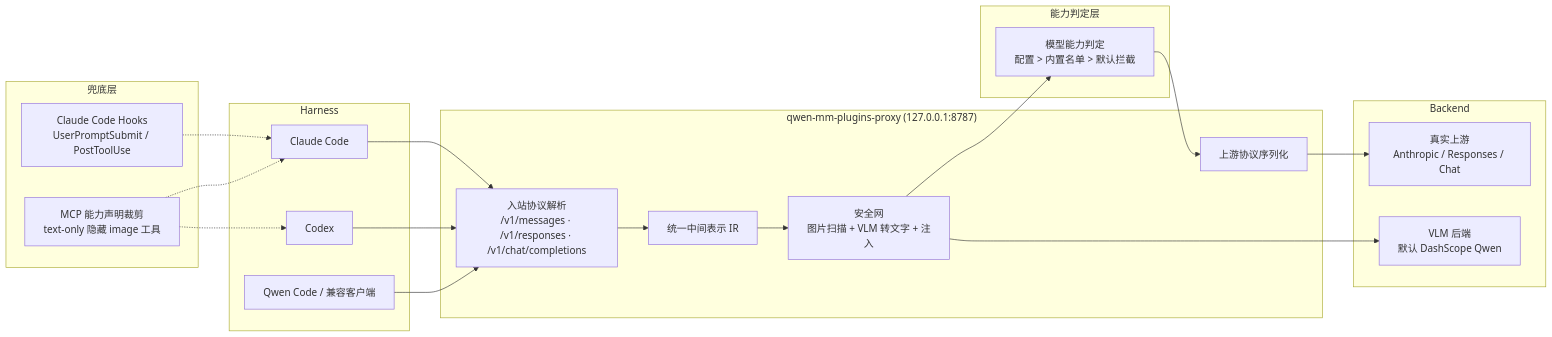
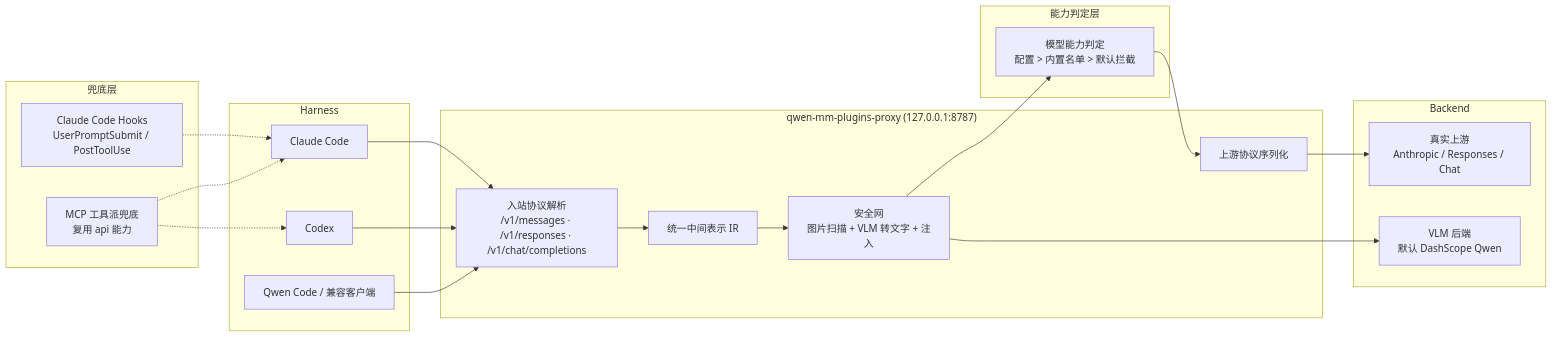
One commit to QwenLM/Qwen-MM-Plugins changed the diagram in docs/superpowers/specs/2026-08-13-qwen-mm-proxy-design.md. Above: the diagram before and after it, drawn with Mermaid. The commit also changed other lines of this file, not shown here.

````diff
--- a/docs/superpowers/specs/2026-08-13-qwen-mm-proxy-design.md
+++ b/docs/superpowers/specs/2026-08-13-qwen-mm-proxy-design.md
@@ -45,37 +45,37 @@
 ```mermaid
 flowchart LR
     subgraph Harness
         CC["Claude Code"]
         CX["Codex"]
         QW["Qwen Code / 兼容客户端"]
     end
     subgraph Proxy["qwen-mm-plugins-proxy (127.0.0.1:8787)"]
         PARSE["入站协议解析<br/>/v1/messages · /v1/responses · /v1/chat/completions"]
         IR["统一中间表示 IR"]
         SAFE["安全网<br/>图片扫描 + VLM 转文字 + 注入"]
         SER["上游协议序列化"]
     end
     subgraph Cap["能力判定层"]
         CAP["模型能力判定<br/>配置 > 内置名单 > 默认拦截"]
     end
     subgraph Backend
         UP["真实上游<br/>Anthropic / Responses / Chat"]
         VLM["VLM 后端<br/>默认 DashScope Qwen"]
     end
     subgraph Fallback["兜底层"]
         HOOKS["Claude Code Hooks<br/>UserPromptSubmit / PostToolUse"]
-        MCPF["MCP 能力声明裁剪<br/>text-only 隐藏 image 工具"]
+        MCPF["MCP 工具派兜底<br/>复用 api 能力"]
     end
     CC --> PARSE
     CX --> PARSE
     QW --> PARSE
     PARSE --> IR
     IR --> SAFE
     SAFE --> CAP
     CAP --> SER
     SER --> UP
     SAFE --> VLM
     HOOKS -.-> CC
     MCPF -.-> CC
     MCPF -.-> CX
 ```
````
